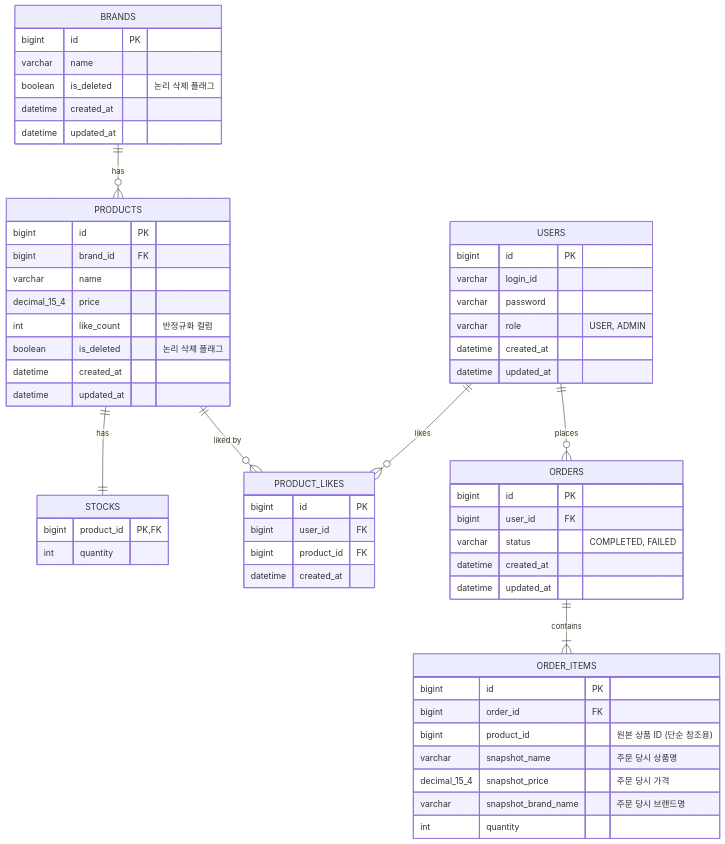
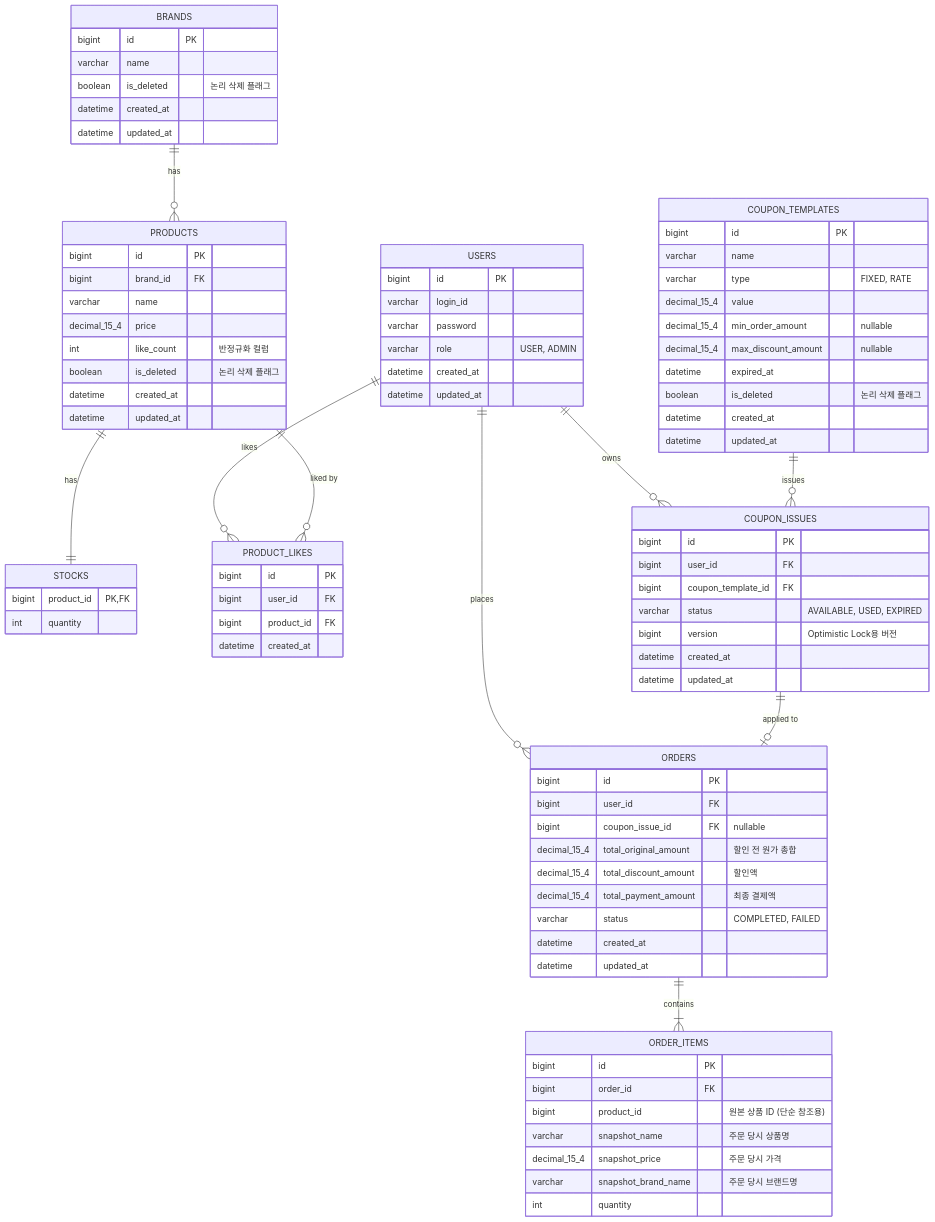
Before and after one commit to loopers-labs/loop-pack-be-l2-vol4-java: the diagram in docs/week2/04-erd.md, drawn with Mermaid. The commit also changed 3 other files, not shown here.

````diff
--- a/docs/week2/04-erd.md
+++ b/docs/week2/04-erd.md
@@ -41,9 +41,36 @@
         %% Unique Index: (user_id, product_id)
     }
 
+    COUPON_TEMPLATES {
+        bigint id PK
+        varchar name
+        varchar type "FIXED, RATE"
+        decimal_15_4 value
+        decimal_15_4 min_order_amount "nullable"
+        decimal_15_4 max_discount_amount "nullable"
+        datetime expired_at
+        boolean is_deleted "논리 삭제 플래그"
+        datetime created_at
+        datetime updated_at
+    }
+
+    COUPON_ISSUES {
+        bigint id PK
+        bigint user_id FK
+        bigint coupon_template_id FK
+        varchar status "AVAILABLE, USED, EXPIRED"
+        bigint version "Optimistic Lock용 버전"
+        datetime created_at
+        datetime updated_at
+    }
+
     ORDERS {
         bigint id PK
         bigint user_id FK
+        bigint coupon_issue_id FK "nullable"
+        decimal_15_4 total_original_amount "할인 전 원가 총합"
+        decimal_15_4 total_discount_amount "할인액"
+        decimal_15_4 total_payment_amount "최종 결제액"
         varchar status "COMPLETED, FAILED"
         datetime created_at
         datetime updated_at
@@ -66,4 +93,7 @@
     ORDERS ||--|{ ORDER_ITEMS : "contains"
     USERS ||--o{ PRODUCT_LIKES : "likes"
     PRODUCTS ||--o{ PRODUCT_LIKES : "liked by"
+    USERS ||--o{ COUPON_ISSUES : "owns"
+    COUPON_TEMPLATES ||--o{ COUPON_ISSUES : "issues"
+    COUPON_ISSUES ||--o| ORDERS : "applied to"
 ```
````
